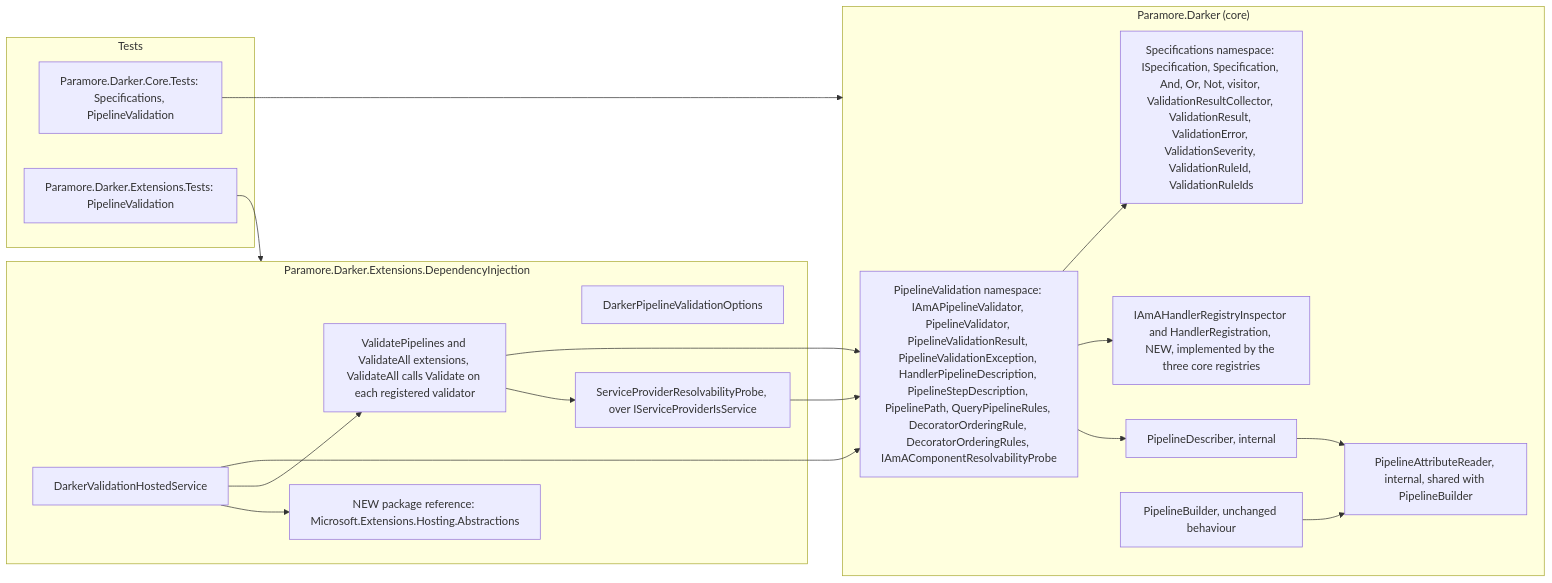
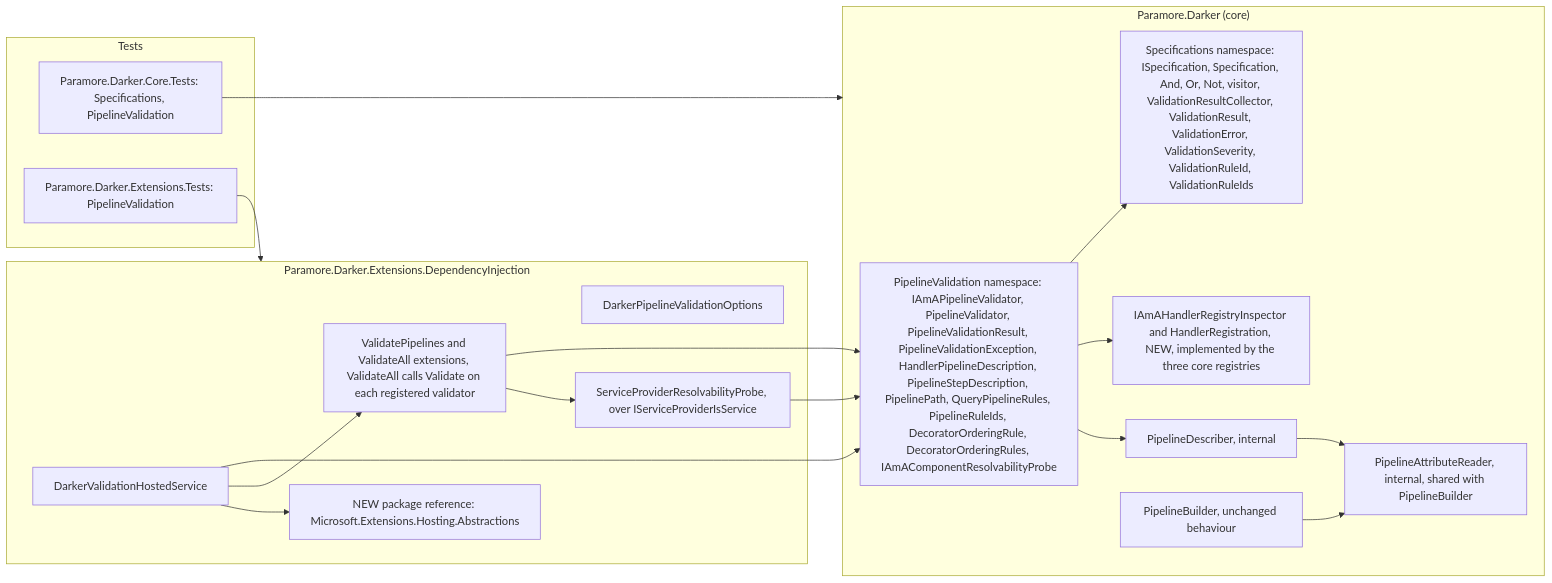
One commit to BrighterCommand/Darker changed the second of 2 diagrams in docs/adr/0025-pipeline-validation-at-startup.md. Above: the diagram before and after it, drawn with Mermaid. The commit also changed other lines of this file and 1 other file, not shown here.

Commit message:
docs: record PipelineRuleIds in ADR 0025 and the task list

````diff
--- a/docs/adr/0025-pipeline-validation-at-startup.md
+++ b/docs/adr/0025-pipeline-validation-at-startup.md
@@ -167,35 +167,35 @@
 ```mermaid
 flowchart LR
     subgraph Core["Paramore.Darker (core)"]
         Spec["Specifications namespace: ISpecification, Specification, And, Or, Not, visitor, ValidationResultCollector, ValidationResult, ValidationError, ValidationSeverity, ValidationRuleId, ValidationRuleIds"]
-        PVNS["PipelineValidation namespace: IAmAPipelineValidator, PipelineValidator, PipelineValidationResult, PipelineValidationException, HandlerPipelineDescription, PipelineStepDescription, PipelinePath, QueryPipelineRules, DecoratorOrderingRule, DecoratorOrderingRules, IAmAComponentResolvabilityProbe"]
+        PVNS["PipelineValidation namespace: IAmAPipelineValidator, PipelineValidator, PipelineValidationResult, PipelineValidationException, HandlerPipelineDescription, PipelineStepDescription, PipelinePath, QueryPipelineRules, PipelineRuleIds, DecoratorOrderingRule, DecoratorOrderingRules, IAmAComponentResolvabilityProbe"]
         Insp["IAmAHandlerRegistryInspector and HandlerRegistration, NEW, implemented by the three core registries"]
         Desc["PipelineDescriber, internal"]
         Reader["PipelineAttributeReader, internal, shared with PipelineBuilder"]
         PB["PipelineBuilder, unchanged behaviour"]
     end
     subgraph DI["Paramore.Darker.Extensions.DependencyInjection"]
         VPX["ValidatePipelines and ValidateAll extensions, ValidateAll calls Validate on each registered validator"]
         HS["DarkerValidationHostedService"]
         Opt["DarkerPipelineValidationOptions"]
         PR["ServiceProviderResolvabilityProbe, over IServiceProviderIsService"]
         Hosting["NEW package reference: Microsoft.Extensions.Hosting.Abstractions"]
     end
     subgraph Tests["Tests"]
         CT["Paramore.Darker.Core.Tests: Specifications, PipelineValidation"]
         ET["Paramore.Darker.Extensions.Tests: PipelineValidation"]
     end
     PVNS --> Spec
     PVNS --> Insp
     PVNS --> Desc
     Desc --> Reader
     PB --> Reader
     VPX --> PVNS
     VPX --> PR
     PR --> PVNS
     HS --> PVNS
     HS --> VPX
     HS --> Hosting
     CT --> Core
     ET --> DI
 ```
````
